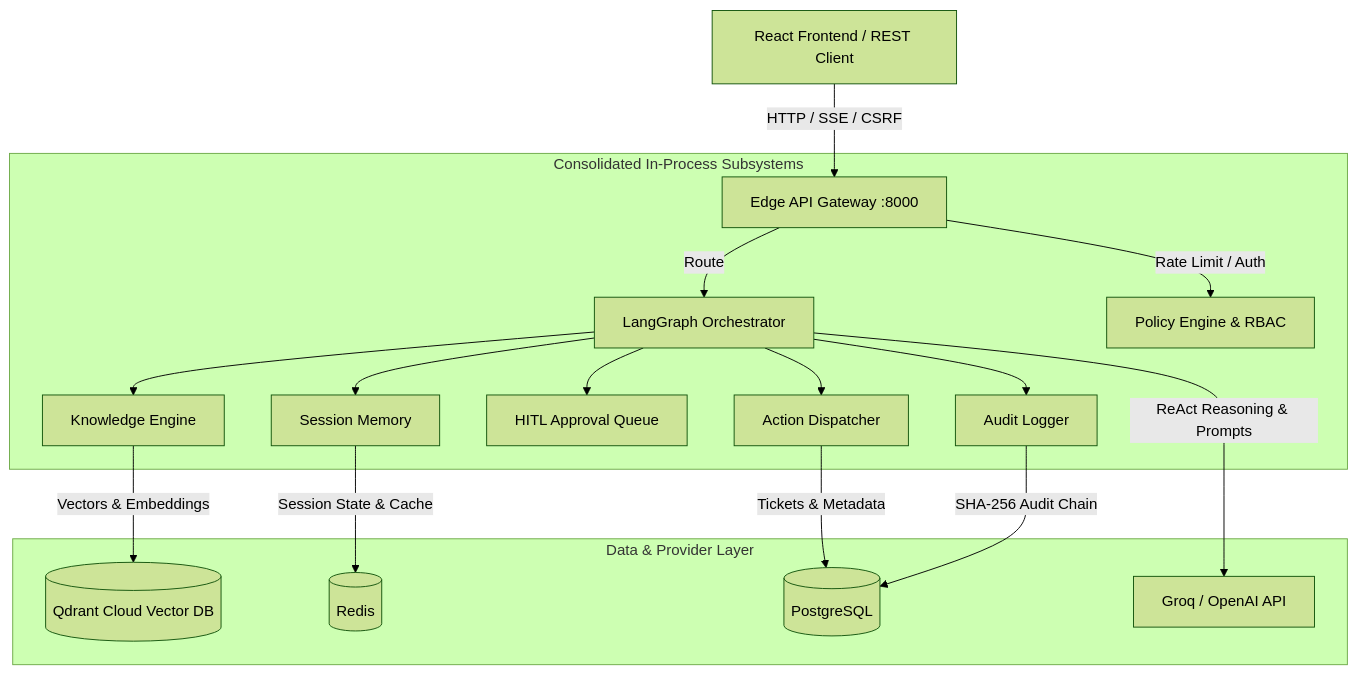
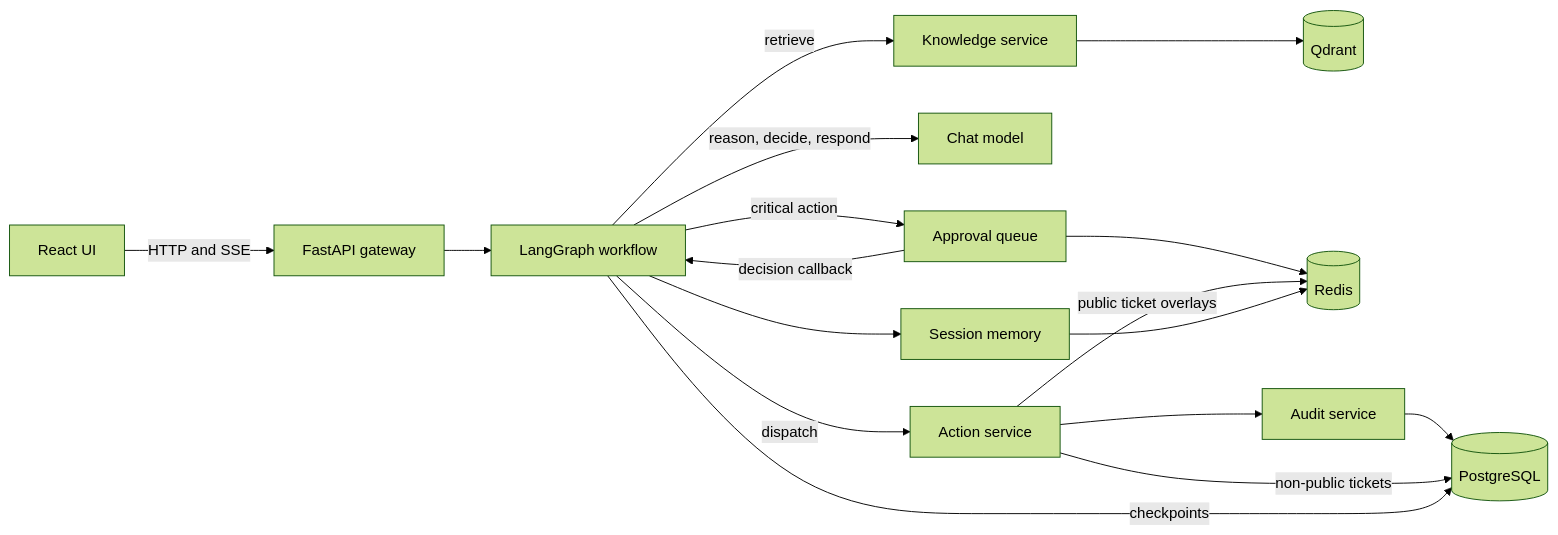
One commit to JavithNaseem-J/KRAKEN changed the diagram in README.md. Above: the diagram before and after it, drawn with Mermaid (forest theme). The commit also changed other lines of this file, not shown here.

````diff
--- a/README.md
+++ b/README.md
@@ -25,22 +25,19 @@
 ```mermaid
-graph TD
-    Client[React Frontend / REST Client] -->|HTTP / SSE / CSRF| Gateway[Edge API Gateway :8000]
-
-    subgraph Core["Consolidated In-Process Subsystems"]
-        Gateway -->|Route| Orchestrator[LangGraph Orchestrator]
-        Gateway -->|Rate Limit / Auth| Safety[Policy Engine & RBAC]
-        Orchestrator --> Knowledge[Knowledge Engine]
-        Orchestrator --> Action[Action Dispatcher]
-        Orchestrator --> Approval[HITL Approval Queue]
-        Orchestrator --> Memory[Session Memory]
-        Orchestrator --> Audit[Audit Logger]
-    end
-
-    subgraph Infra["Data & Provider Layer"]
-        Knowledge -->|Vectors & Embeddings| Qdrant[(Qdrant Cloud Vector DB)]
-        Memory -->|Session State & Cache| Redis[(Redis)]
-        Action -->|Tickets & Metadata| Postgres[(PostgreSQL)]
-        Audit -->|SHA-256 Audit Chain| Postgres
-        Orchestrator -->|ReAct Reasoning & Prompts| LLM[Groq / OpenAI API]
-    end
+flowchart LR
+    UI[React UI] -->|HTTP and SSE| Gateway[FastAPI gateway]
+    Gateway --> Graph[LangGraph workflow]
+    Graph -->|retrieve| Knowledge[Knowledge service]
+    Knowledge --> Qdrant[(Qdrant)]
+    Graph -->|reason, decide, respond| Model[Chat model]
+    Graph -->|critical action| Approval[Approval queue]
+    Approval --> Redis[(Redis)]
+    Approval -->|decision callback| Graph
+    Graph -->|dispatch| Action[Action service]
+    Action -->|public ticket overlays| Redis
+    Action --> Audit[Audit service]
+    Audit --> Postgres[(PostgreSQL)]
+    Action -->|non-public tickets| Postgres
+    Graph -->|checkpoints| Postgres
+    Graph --> Memory[Session memory]
+    Memory --> Redis
 ```
````
